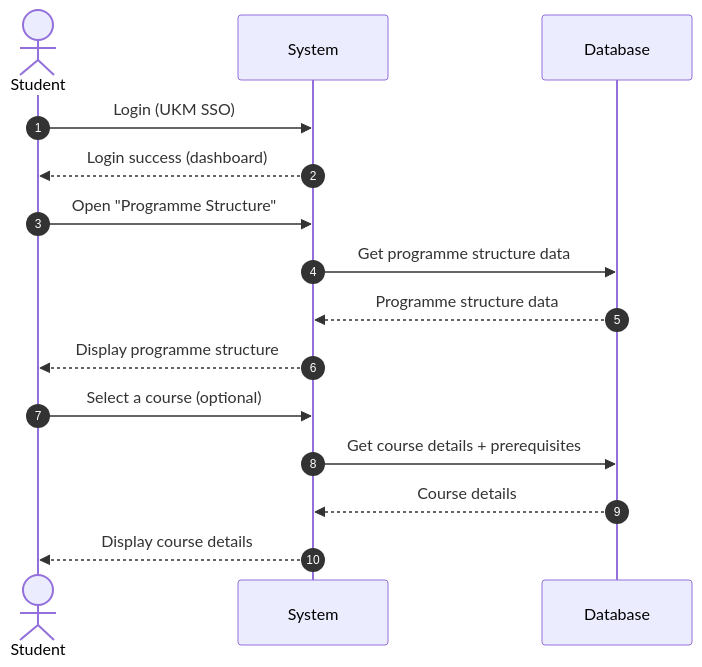
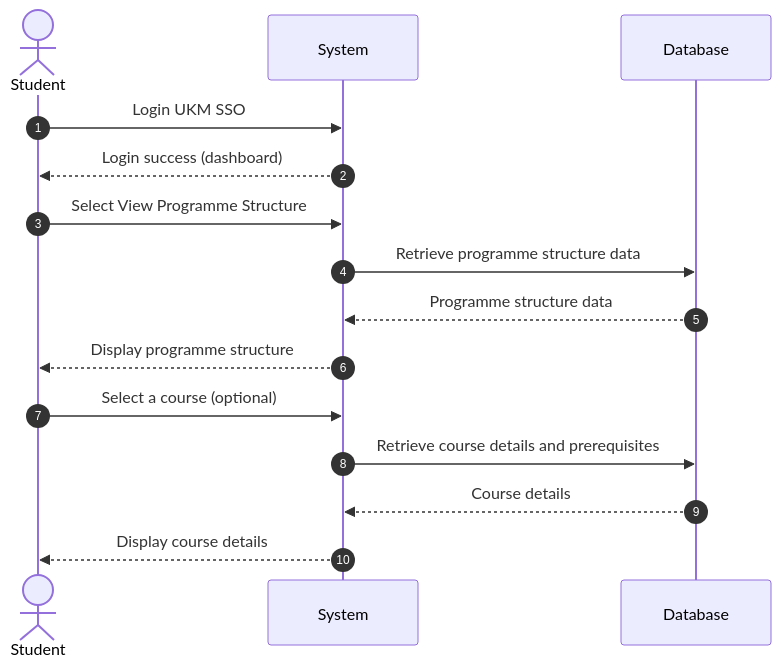
One commit to Lifantastic-O/iodraw-files changed the diagram in all/未命名-1.md. Above: the diagram before and after it, drawn with Mermaid.

Commit message:
2025-12-17 23:00:41 update

````diff
--- a/all/未命名-1.md
+++ b/all/未命名-1.md
@@ -1,21 +1,21 @@
 ```mermaid
 sequenceDiagram
 autonumber
 actor Student
 participant System
 participant DB as Database
 
-Student->>System: Login (UKM SSO)
+Student->>System: Login UKM SSO
 System-->>Student: Login success (dashboard)
 
-Student->>System: Open "Programme Structure"
-System->>DB: Get programme structure data
+Student->>System: Select View Programme Structure
+System->>DB: Retrieve programme structure data
 DB-->>System: Programme structure data
 System-->>Student: Display programme structure
 
 Student->>System: Select a course (optional)
-System->>DB: Get course details + prerequisites
+System->>DB: Retrieve course details and prerequisites
 DB-->>System: Course details
 System-->>Student: Display course details
 
 ```
````
